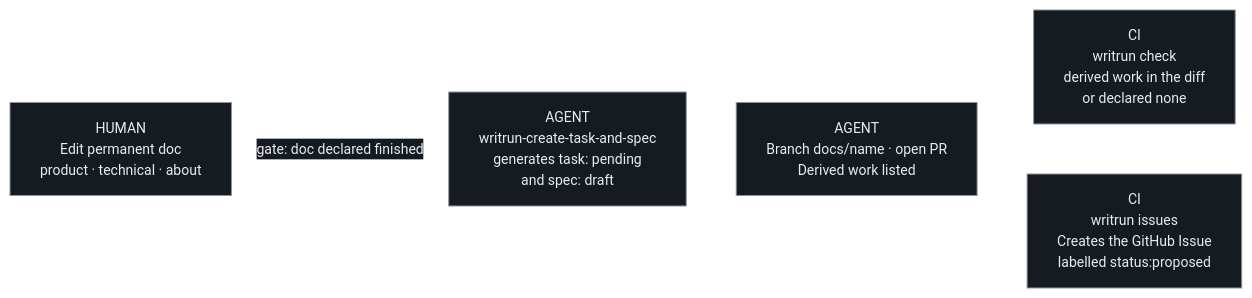
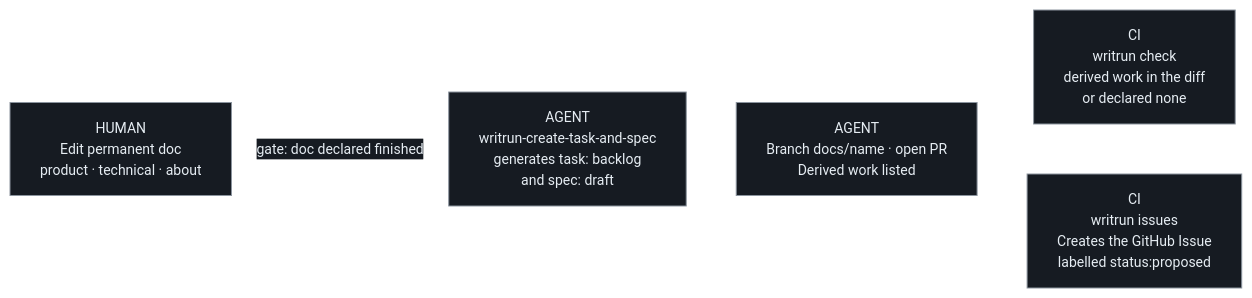
The first of 2 diagrams in docs/product/tasks-and-specs/authoring.md (thomasfranke/writrun), drawn with Mermaid before and after one commit. The commit also changed other lines of this file and 20 other files, not shown here.

````diff
--- a/docs/product/tasks-and-specs/authoring.md
+++ b/docs/product/tasks-and-specs/authoring.md
@@ -20,11 +20,11 @@
 ```mermaid
 %%{init: {'theme':'base','themeVariables':{'background':'#0d1117','primaryColor':'#161b22','primaryTextColor':'#e6edf3','primaryBorderColor':'#8b949e','lineColor':'#ffffff','secondaryColor':'#161b22','tertiaryColor':'#161b22','fontSize':'14px'}}}%%
 flowchart LR
     A["HUMAN<br/>Edit permanent doc<br/>product · technical · about"]
-    B["AGENT<br/>writrun-create-task-and-spec<br/>generates task: pending<br/>and spec: draft"]
+    B["AGENT<br/>writrun-create-task-and-spec<br/>generates task: backlog<br/>and spec: draft"]
     C["AGENT<br/>Branch docs/name · open PR<br/>Derived work listed"]
     D["CI<br/>writrun check<br/>derived work in the diff<br/>or declared none"]
     E["CI<br/>writrun issues<br/>Creates the GitHub Issue<br/>labelled status:proposed"]
     A -->|"gate: doc declared finished"| B --> C --> D
     C --> E
 ```
````
